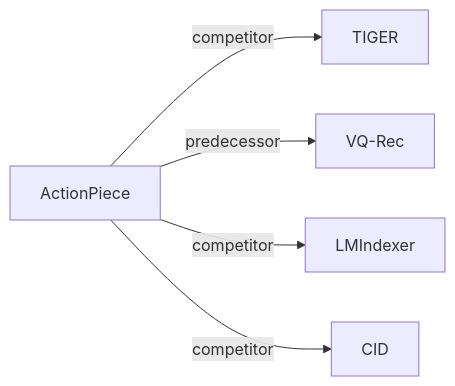
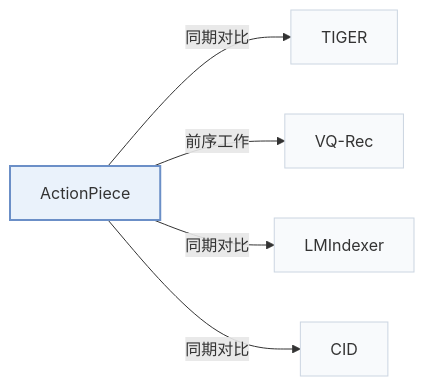
One commit to Galaxy-ghost/Awesome-SID-Generative-Rec changed the third of 3 diagrams in pages/zh/papers/actionpiece.md. Above: the diagram before and after it, drawn with Mermaid. The commit also changed other lines of this file and 649 other files, not shown here.

Commit message:
writer-05: also tags and modality index (schema, check, build, visuals); summary field removed; calibration data for 12 papers

````diff
--- a/pages/zh/papers/actionpiece.md
+++ b/pages/zh/papers/actionpiece.md
@@ -125,8 +149,12 @@
 ```mermaid
 flowchart LR
     P["ActionPiece"]
-    P -->|competitor| A["TIGER"]
-    P -->|predecessor| B["VQ-Rec"]
-    P -->|competitor| C["LMIndexer"]
-    P -->|competitor| D["CID"]
+    P -->|"同期对比"| A["TIGER"]
+    P -->|"前序工作"| B["VQ-Rec"]
+    P -->|"同期对比"| C["LMIndexer"]
+    P -->|"同期对比"| D["CID"]
+    classDef main fill:#eaf2fb,stroke:#6b8fc7,stroke-width:2px
+    classDef peer fill:#f8fafc,stroke:#cbd5e1
+    class P main
+    class A,B,C,D peer
 ```
````
